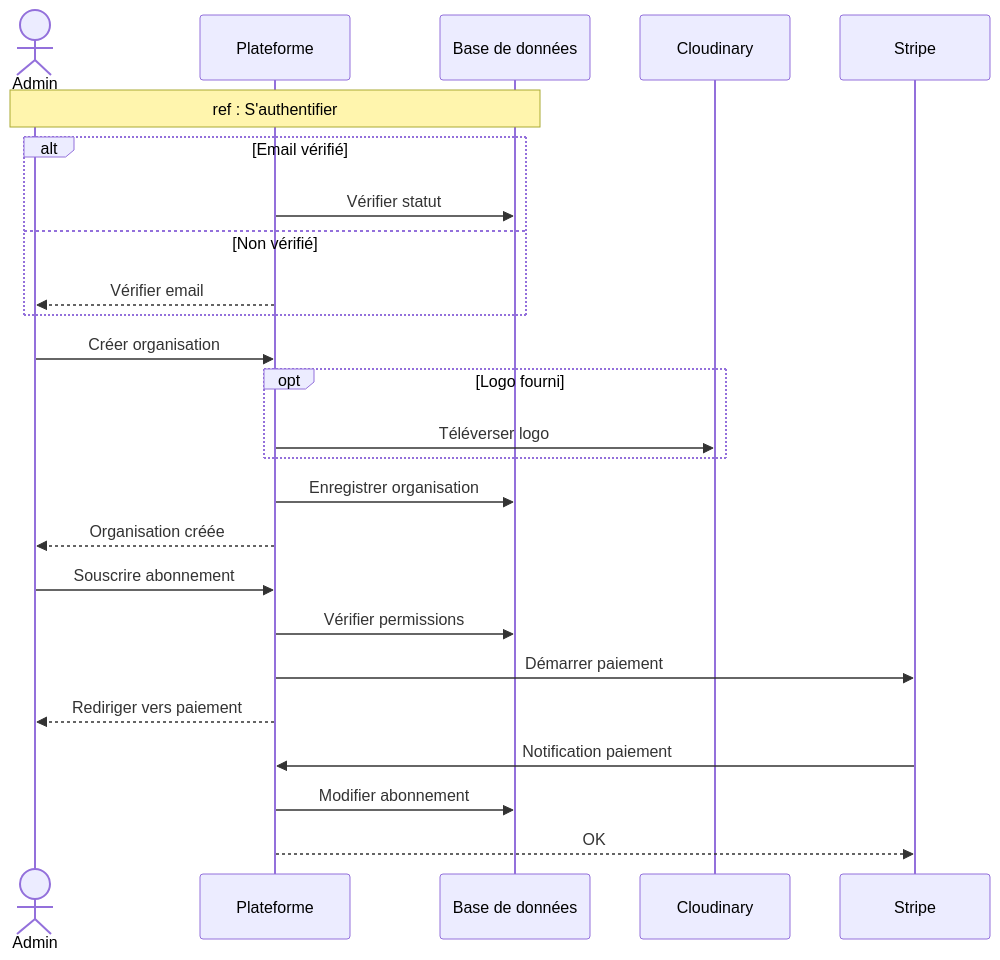
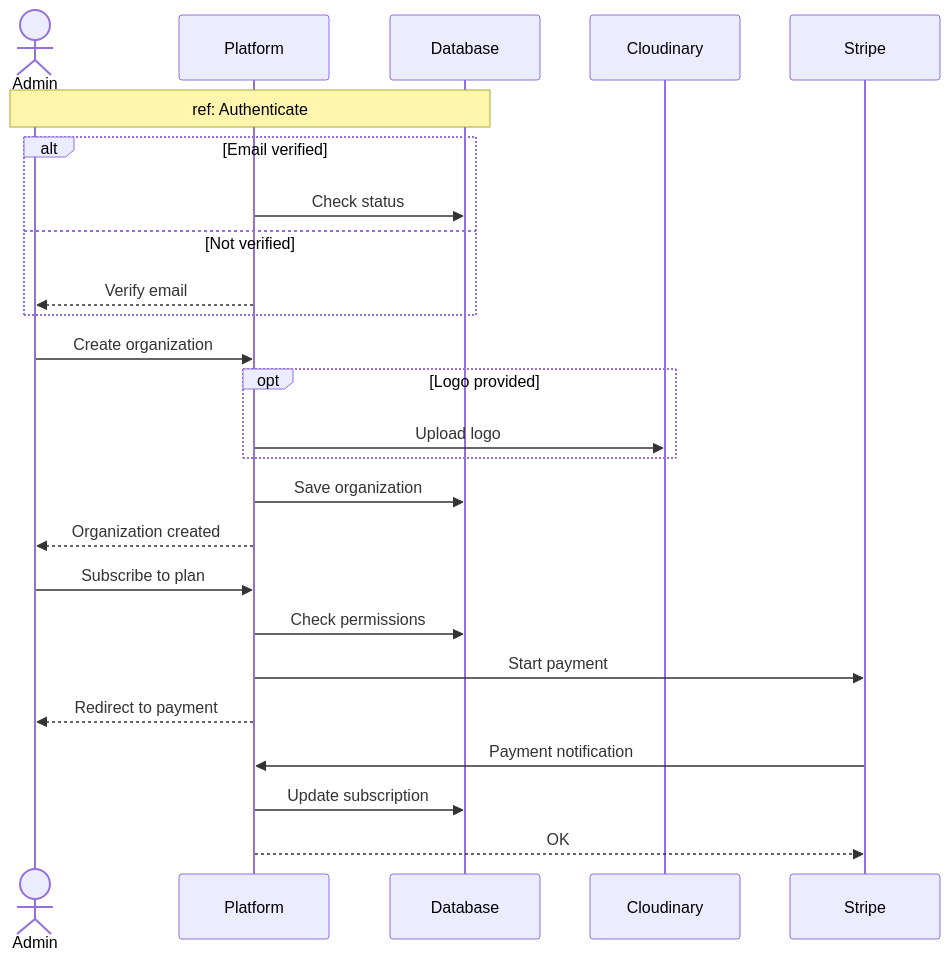
The fourth of 16 diagrams in docs/SEQUENCE_DIAGRAMS.md (MohamedChebbi123/teamnest), drawn with Mermaid before and after one commit. The commit also changed other lines of this file, not shown here.

````diff
--- a/docs/SEQUENCE_DIAGRAMS.md
+++ b/docs/SEQUENCE_DIAGRAMS.md
@@ -131,32 +134,32 @@
 ```mermaid
 sequenceDiagram
     actor Admin
-    participant API as Plateforme
-    participant DB as Base de données
+    participant API as Platform
+    participant DB as Database
     participant Cloud as Cloudinary
     participant Stripe
 
-    Note over Admin,DB: ref : S'authentifier
+    Note over Admin,DB: ref: Authenticate
 
-    alt Email vérifié
-        API->>DB: Vérifier statut
-    else Non vérifié
-        API-->>Admin: Vérifier email
+    alt Email verified
+        API->>DB: Check status
+    else Not verified
+        API-->>Admin: Verify email
     end
 
-    Admin->>API: Créer organisation
-    opt Logo fourni
-        API->>Cloud: Téléverser logo
+    Admin->>API: Create organization
+    opt Logo provided
+        API->>Cloud: Upload logo
     end
-    API->>DB: Enregistrer organisation
-    API-->>Admin: Organisation créée
+    API->>DB: Save organization
+    API-->>Admin: Organization created
 
-    Admin->>API: Souscrire abonnement
-    API->>DB: Vérifier permissions
-    API->>Stripe: Démarrer paiement
-    API-->>Admin: Rediriger vers paiement
+    Admin->>API: Subscribe to plan
+    API->>DB: Check permissions
+    API->>Stripe: Start payment
+    API-->>Admin: Redirect to payment
 
-    Stripe->>API: Notification paiement
-    API->>DB: Modifier abonnement
+    Stripe->>API: Payment notification
+    API->>DB: Update subscription
     API-->>Stripe: OK
 ```
````
